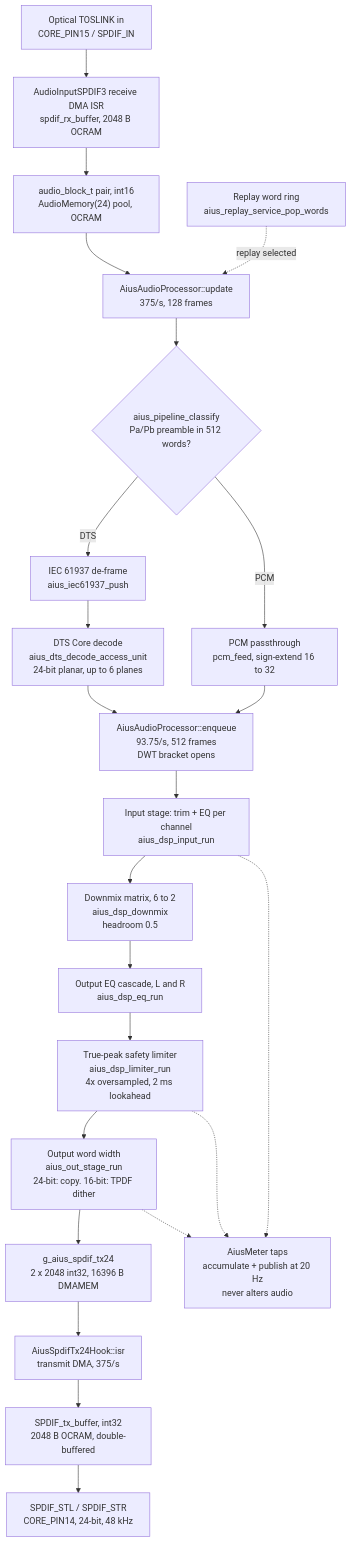
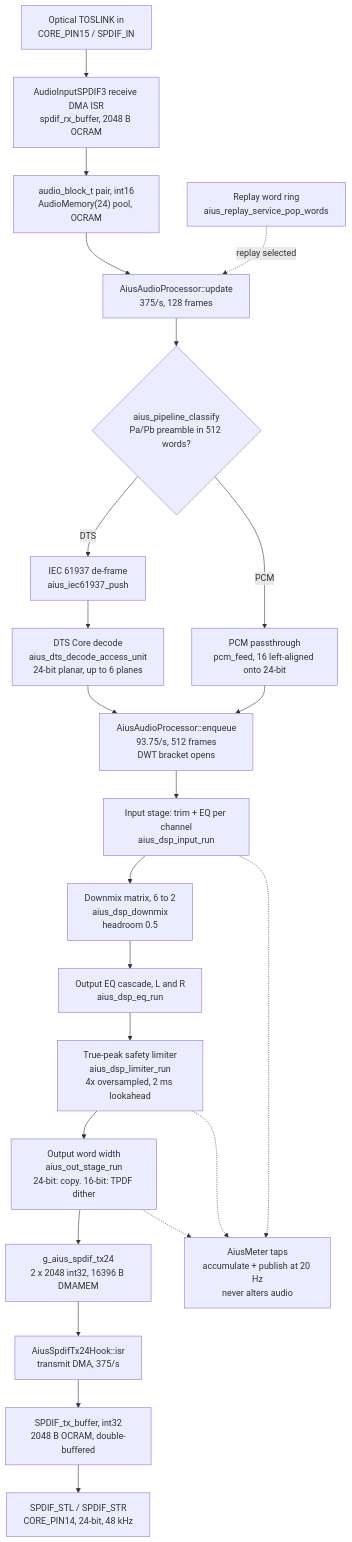
One commit to d3aek/aius changed the diagram in docs/reference/signal-path.md. Above: the diagram before and after it, drawn with Mermaid. The commit also changed other lines of this file and 6 other files, not shown here.

````diff
--- a/docs/reference/signal-path.md
+++ b/docs/reference/signal-path.md
@@ -88,34 +88,34 @@
 ```mermaid
 flowchart TD
     OPT["Optical TOSLINK in<br/>CORE_PIN15 / SPDIF_IN"]
     RX["AudioInputSPDIF3 receive DMA ISR<br/>spdif_rx_buffer, 2048 B OCRAM"]
     BLK["audio_block_t pair, int16<br/>AudioMemory(24) pool, OCRAM"]
     UPD["AiusAudioProcessor::update<br/>375/s, 128 frames"]
     RPL["Replay word ring<br/>aius_replay_service_pop_words"]
     CLS{"aius_pipeline_classify<br/>Pa/Pb preamble in 512 words?"}
     IEC["IEC 61937 de-frame<br/>aius_iec61937_push"]
     DTS["DTS Core decode<br/>aius_dts_decode_access_unit<br/>24-bit planar, up to 6 planes"]
-    PCM["PCM passthrough<br/>pcm_feed, sign-extend 16 to 32"]
+    PCM["PCM passthrough<br/>pcm_feed, 16 left-aligned onto 24-bit"]
     ENQ["AiusAudioProcessor::enqueue<br/>93.75/s, 512 frames<br/>DWT bracket opens"]
     IN["Input stage: trim + EQ per channel<br/>aius_dsp_input_run"]
     DMX["Downmix matrix, 6 to 2<br/>aius_dsp_downmix<br/>headroom 0.5"]
     OEQ["Output EQ cascade, L and R<br/>aius_dsp_eq_run"]
     LIM["True-peak safety limiter<br/>aius_dsp_limiter_run<br/>4x oversampled, 2 ms lookahead"]
     OUT["Output word width<br/>aius_out_stage_run<br/>24-bit: copy. 16-bit: TPDF dither"]
     RING["g_aius_spdif_tx24<br/>2 x 2048 int32, 16396 B DMAMEM"]
     TXI["AiusSpdifTx24Hook::isr<br/>transmit DMA, 375/s"]
     TXB["SPDIF_tx_buffer, int32<br/>2048 B OCRAM, double-buffered"]
     WIRE["SPDIF_STL / SPDIF_STR<br/>CORE_PIN14, 24-bit, 48 kHz"]
     MET["AiusMeter taps<br/>accumulate + publish at 20 Hz<br/>never alters audio"]
 
     OPT --> RX --> BLK --> UPD
     RPL -.->|"replay selected"| UPD
     UPD --> CLS
     CLS -->|DTS| IEC --> DTS --> ENQ
     CLS -->|PCM| PCM --> ENQ
     ENQ --> IN --> DMX --> OEQ --> LIM --> OUT --> RING
     RING --> TXI --> TXB --> WIRE
     IN -.-> MET
     LIM -.-> MET
     OUT -.-> MET
 ```
````
